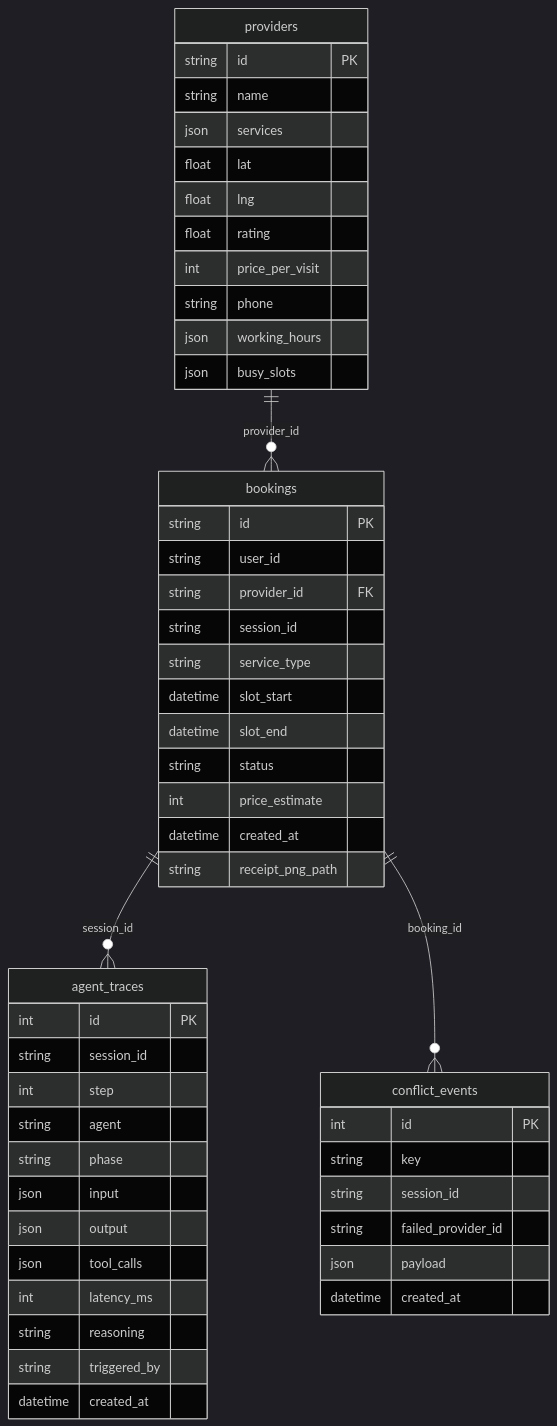
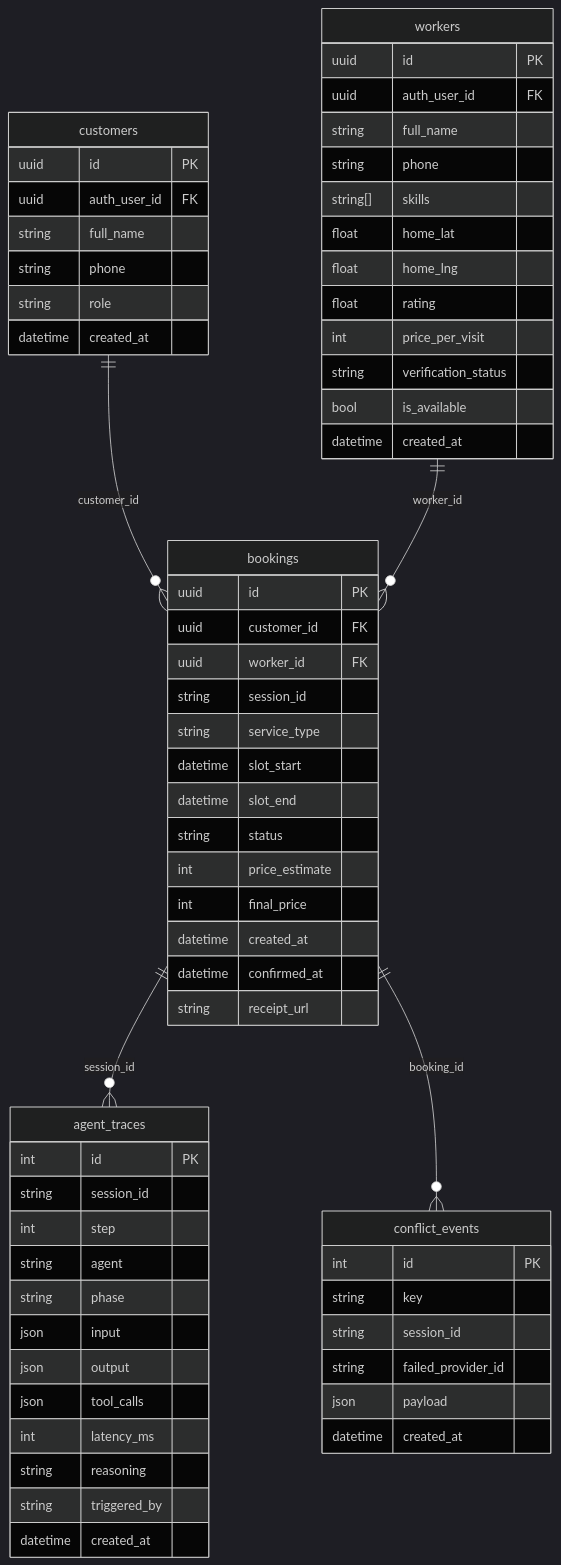
Before and after one commit to muhammadhaider02/karigar.pk: the second of 2 diagrams in docs/architecture.md, drawn with Mermaid (dark theme). The commit also changed other lines of this file and 43 other files, not shown here.

````diff
--- a/docs/architecture.md
+++ b/docs/architecture.md
@@ -184,54 +182,67 @@
 ```mermaid
 erDiagram
-    providers ||--o{ bookings : "provider_id"
+    customers ||--o{ bookings : "customer_id"
+    workers ||--o{ bookings : "worker_id"
     bookings ||--o{ agent_traces : "session_id"
     bookings ||--o{ conflict_events : "booking_id"
 
-    providers {
-        string id PK
-        string name
-        json services
-        float lat
-        float lng
+    customers {
+        uuid id PK
+        uuid auth_user_id FK
+        string full_name
+        string phone
+        string role
+        datetime created_at
+    }
+    workers {
+        uuid id PK
+        uuid auth_user_id FK
+        string full_name
+        string phone
+        string[] skills
+        float home_lat
+        float home_lng
         float rating
         int price_per_visit
-        string phone
-        json working_hours
-        json busy_slots
+        string verification_status
+        bool is_available
+        datetime created_at
     }
     bookings {
-        string id PK
-        string user_id
-        string provider_id FK
+        uuid id PK
+        uuid customer_id FK
+        uuid worker_id FK
         string session_id
         string service_type
         datetime slot_start
         datetime slot_end
         string status
         int price_estimate
+        int final_price
         datetime created_at
-        string receipt_png_path
+        datetime confirmed_at
+        string receipt_url
     }
     agent_traces {
         int id PK
         string session_id
         int step
         string agent
         string phase
         json input
         json output
         json tool_calls
         int latency_ms
         string reasoning
         string triggered_by
         datetime created_at
     }
     conflict_events {
         int id PK
         string key
         string session_id
         string failed_provider_id
         json payload
         datetime created_at
     }
 ```
````
